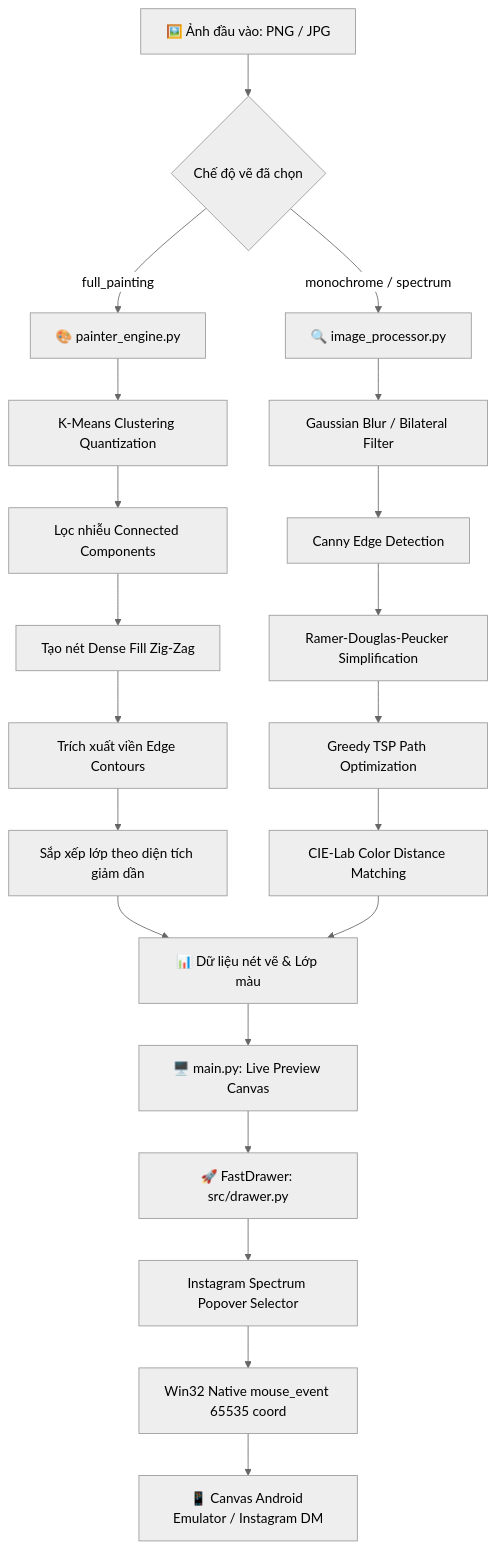
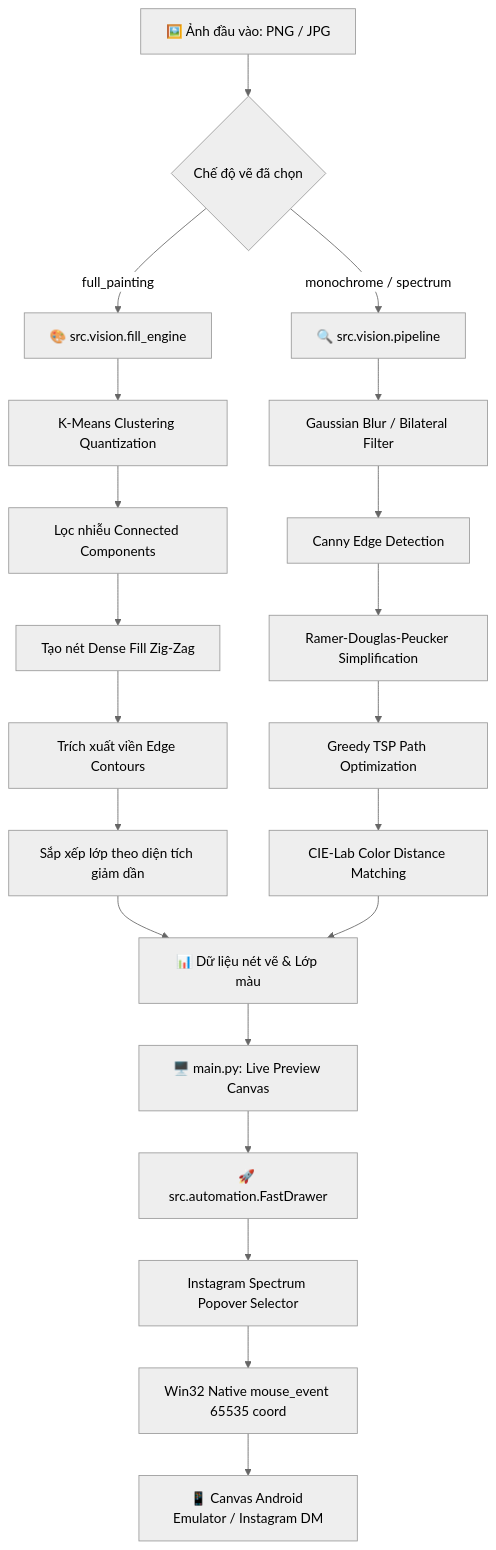
One commit to ThanhDanh1510/Auto-Doodle-Insta changed the diagram in docs/index.md. Above: the diagram before and after it, drawn with Mermaid (neutral theme). The commit also changed other lines of this file and 21 other files, not shown here.

````diff
--- a/docs/index.md
+++ b/docs/index.md
@@ -22,33 +22,33 @@
 ```mermaid
 flowchart TD
     A[🖼️ Ảnh đầu vào: PNG / JPG] --> B{Chế độ vẽ đã chọn}
     
     %% Nhánh Full Painting
-    B -->|full_painting| C[🎨 painter_engine.py]
+    B -->|full_painting| C[🎨 src.vision.fill_engine]
     C --> C1[K-Means Clustering Quantization]
     C1 --> C2[Lọc nhiễu Connected Components]
     C2 --> C3[Tạo nét Dense Fill Zig-Zag]
     C3 --> C4[Trích xuất viền Edge Contours]
     C4 --> C5[Sắp xếp lớp theo diện tích giảm dần]
     
     %% Nhánh Sketch / Contour
-    B -->|monochrome / spectrum| D[🔍 image_processor.py]
+    B -->|monochrome / spectrum| D[🔍 src.vision.pipeline]
     D --> D1[Gaussian Blur / Bilateral Filter]
     D1 --> D2[Canny Edge Detection]
     D2 --> D3[Ramer-Douglas-Peucker Simplification]
     D3 --> D4[Greedy TSP Path Optimization]
     D4 --> D5[CIE-Lab Color Distance Matching]
     
     %% Tích hợp
     C5 --> E[📊 Dữ liệu nét vẽ & Lớp màu]
     D5 --> E
     
     %% GUI & Preview
     E --> F[🖥️ main.py: Live Preview Canvas]
     
     %% Thực thi chuột Win32
-    F --> G[🚀 FastDrawer: src/drawer.py]
+    F --> G[🚀 src.automation.FastDrawer]
     G --> G1[Instagram Spectrum Popover Selector]
     G1 --> G2[Win32 Native mouse_event 65535 coord]
     G2 --> H[📱 Canvas Android Emulator / Instagram DM]
 ```
````
